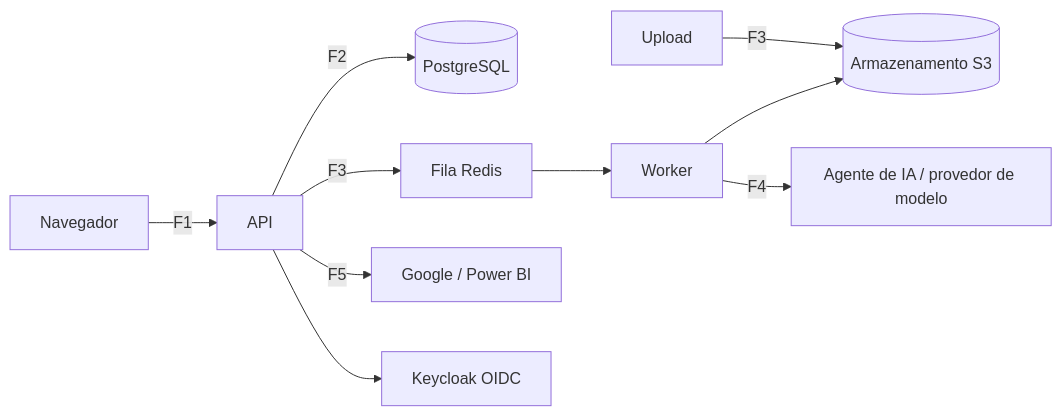
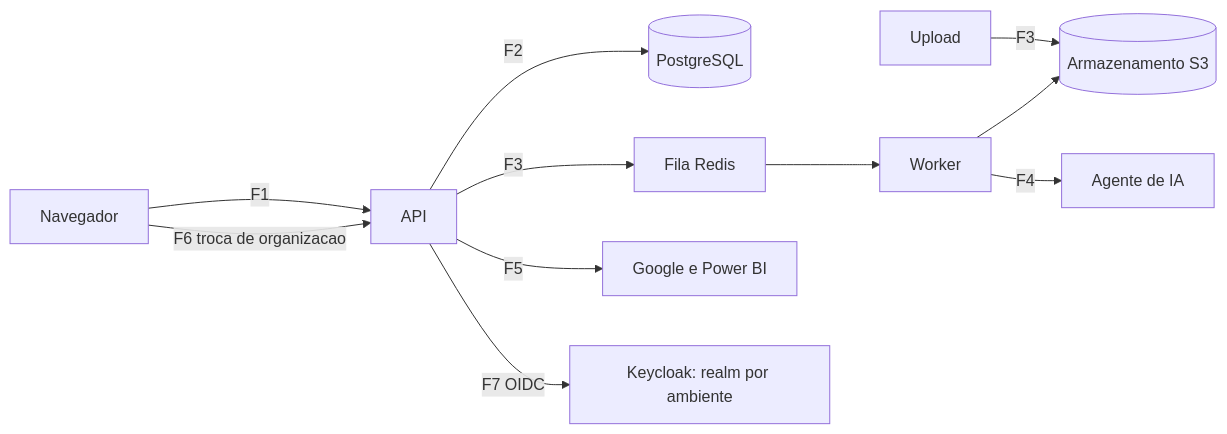
Before and after one commit to sun4kkoX/Kael: the diagram in docs/THREAT_MODEL.md, drawn with Mermaid. The commit also changed other lines of this file and 32 other files, not shown here.

````diff
--- a/docs/THREAT_MODEL.md
+++ b/docs/THREAT_MODEL.md
@@ -30,11 +30,12 @@
 ```mermaid
 flowchart LR
   B[Navegador] -->|F1| A[API]
+  B -->|F6 troca de organizacao| A
   A -->|F2| D[(PostgreSQL)]
   A -->|F3| Q[Fila Redis] --> W[Worker]
   U[Upload] -->|F3| S[(Armazenamento S3)]
   W --> S
-  W -->|F4| AI[Agente de IA / provedor de modelo]
-  A -->|F5| X[Google / Power BI]
-  A --> K[Keycloak OIDC]
+  W -->|F4| AI[Agente de IA]
+  A -->|F5| X[Google e Power BI]
+  A -->|F7 OIDC| K["Keycloak: realm por ambiente"]
 ```
````
